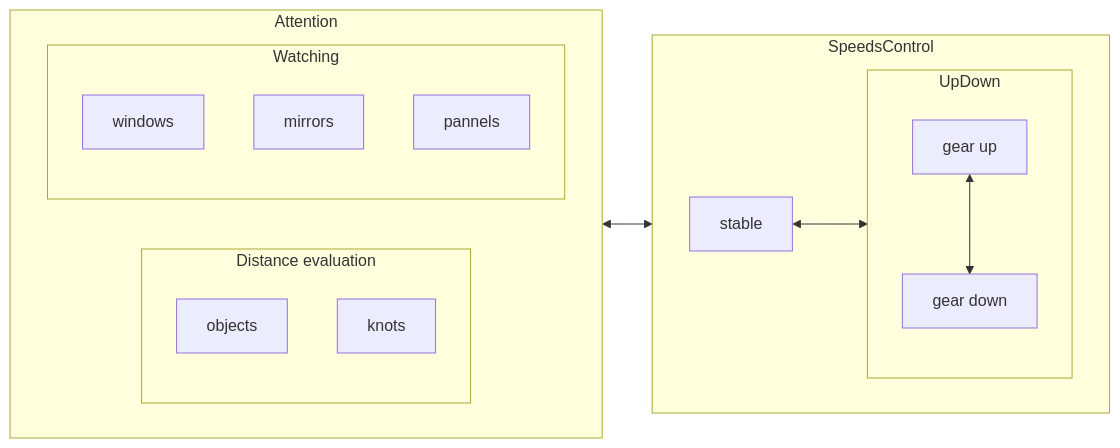
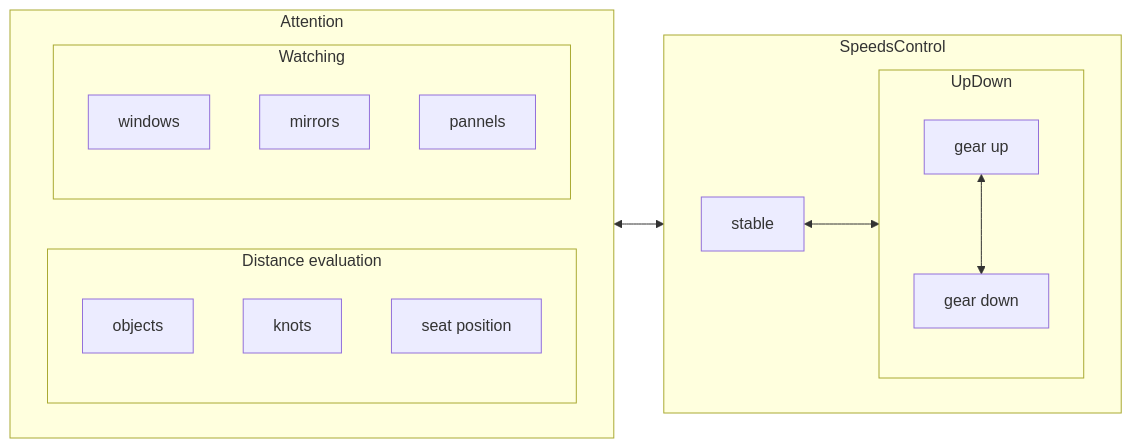
The diagram in z-speeds.md (chanchan098/Docs), drawn with Mermaid before and after one commit.

Commit message:
- added seat position.

````diff
--- a/z-speeds.md
+++ b/z-speeds.md
@@ -94,29 +94,30 @@
 ```mermaid
 flowchart LR
     subgraph SpeedsControl
     direction LR
     3[stable] <--> UpDown
     
         subgraph UpDown
             direction TB
             1[gear up] <--> 2[gear down]
         end
     end
 
     subgraph Attention
         direction LR
         subgraph de[Distance evaluation]
             direction BT
             objects
             knots
+            s[seat position]
         end
         subgraph Watching
             direction BT
             windows 
             mirrors
             pannels
         end
     end
 
     Attention <--> SpeedsControl
 ```
````
